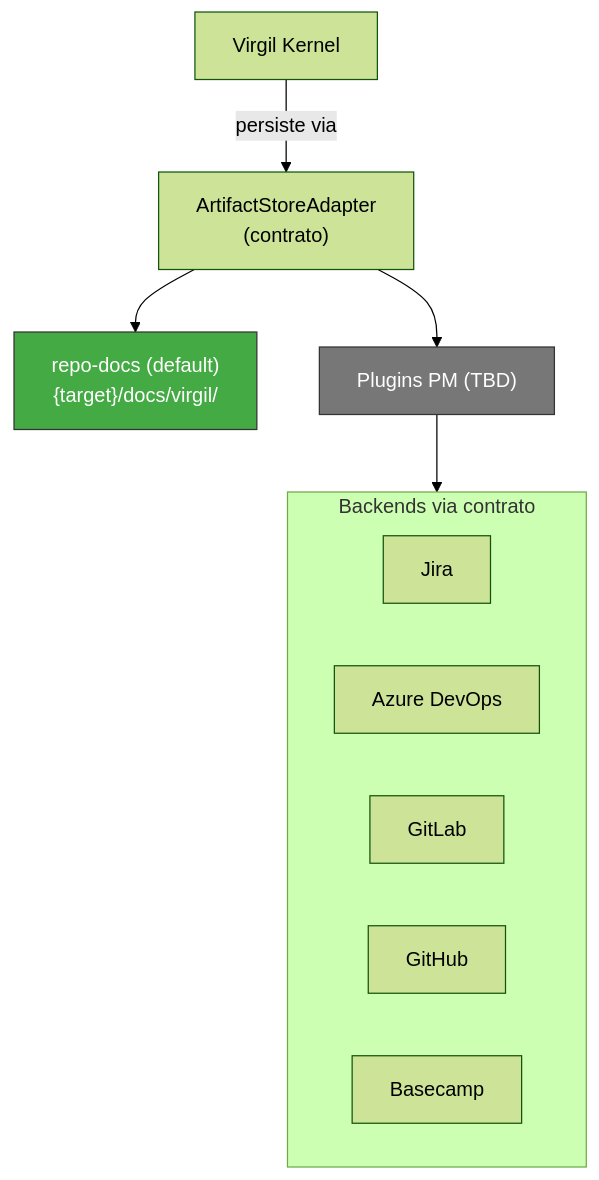
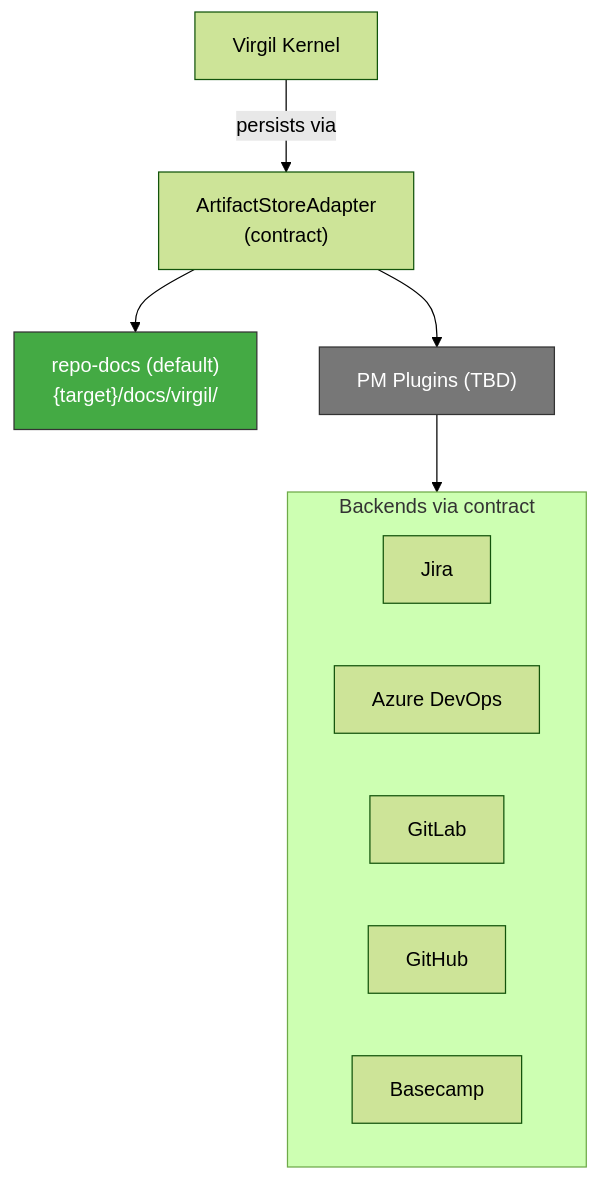
Before and after one commit to virgenherrera/virgil: the third of 3 diagrams in AGENTS.md, drawn with Mermaid (forest theme). The commit also changed other lines of this file and 42 other files, not shown here.

````diff
--- a/AGENTS.md
+++ b/AGENTS.md
@@ -118,21 +118,21 @@
 ```mermaid
 flowchart TD
     KERNEL["Virgil Kernel"]
-    KERNEL -->|"persiste via"| CONTRACT["ArtifactStoreAdapter\n(contrato)"]
+    KERNEL -->|"persists via"| CONTRACT["ArtifactStoreAdapter\n(contract)"]
 
     CONTRACT --> DEFAULT["repo-docs (default)\n{target}/docs/virgil/"]
-    CONTRACT --> PLUGINS["Plugins PM (TBD)"]
+    CONTRACT --> PLUGINS["PM Plugins (TBD)"]
 
-    subgraph PLUGINS_LIST["Backends via contrato"]
+    subgraph PLUGINS_LIST["Backends via contract"]
         JIRA["Jira"]
         AZURE["Azure DevOps"]
         GITLAB["GitLab"]
         GITHUB["GitHub"]
         BASECAMP["Basecamp"]
     end
 
     PLUGINS --> PLUGINS_LIST
 
     style DEFAULT fill:#4a4,stroke:#333,color:#fff
     style PLUGINS fill:#777,stroke:#333,color:#fff
 ```
````
